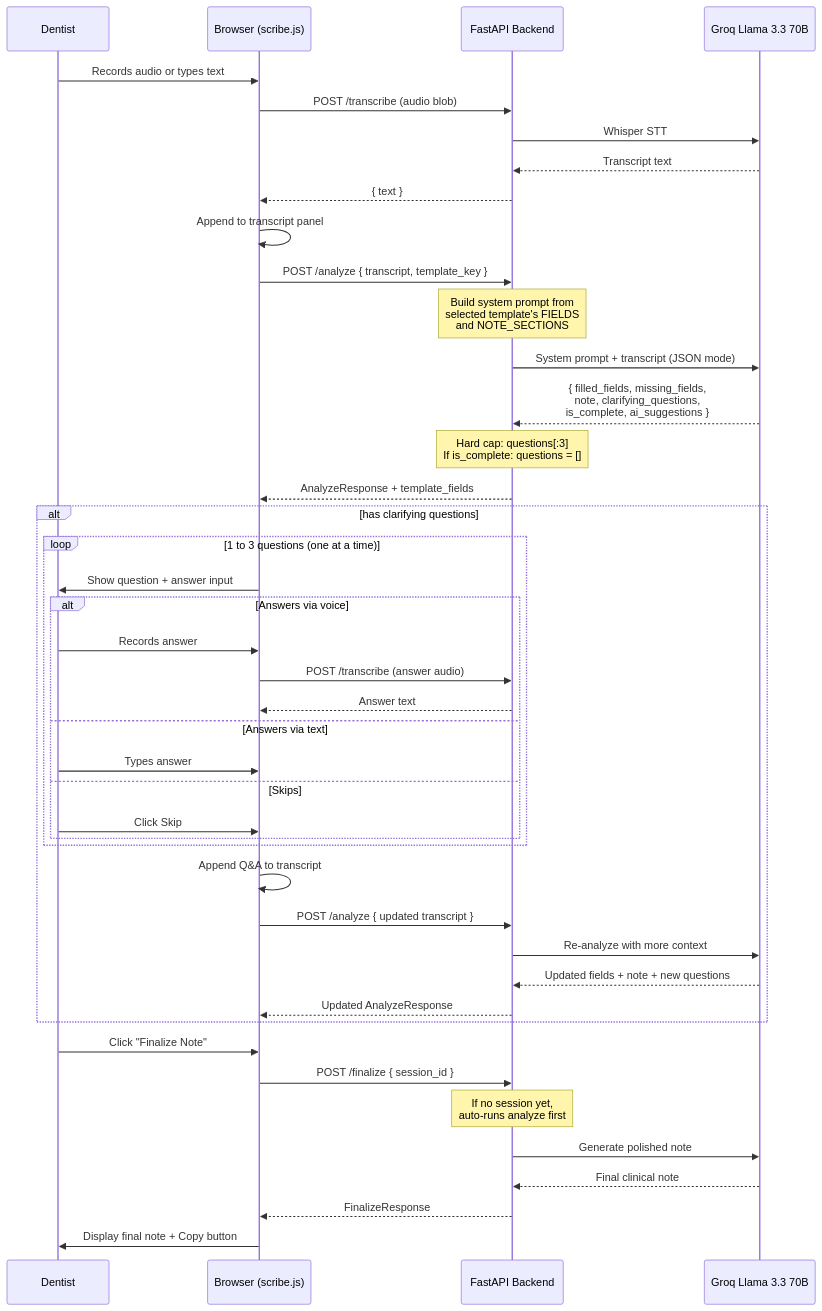
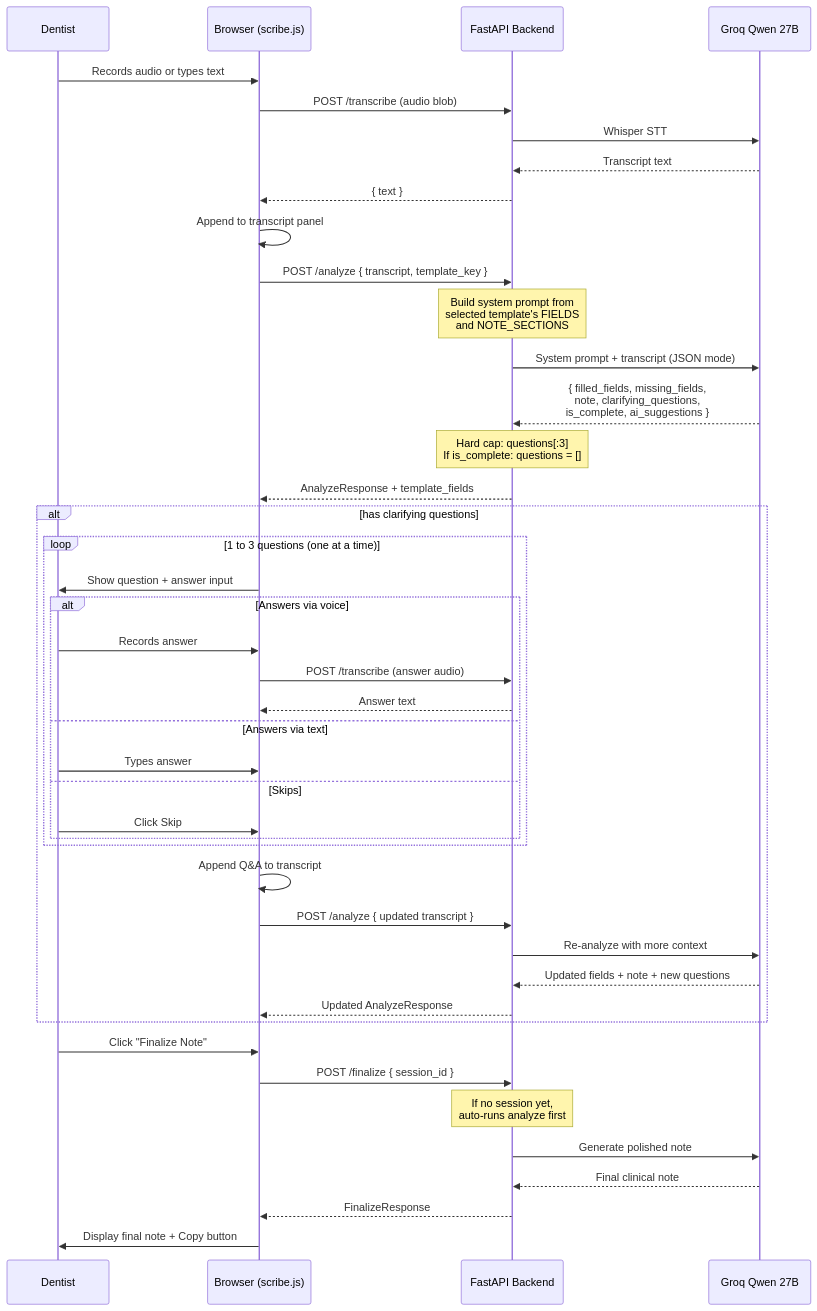
The second of 4 diagrams in README.md (mihirgediya2001/milya-scribe-plus), drawn with Mermaid before and after one commit. The commit also changed other lines of this file and 3 other files, not shown here.

First line of the commit message:
Revert to Qwen 27B with max_tokens=900 to stay under Groq rate limit

````diff
--- a/README.md
+++ b/README.md
@@ -80,49 +80,49 @@
 ```mermaid
 sequenceDiagram
     participant D as Dentist
     participant UI as Browser (scribe.js)
     participant API as FastAPI Backend
-    participant LLM as Groq Llama 3.3 70B
+    participant LLM as Groq Qwen 27B
 
     D->>UI: Records audio or types text
     UI->>API: POST /transcribe (audio blob)
     API->>LLM: Whisper STT
     LLM-->>API: Transcript text
     API-->>UI: { text }
     UI->>UI: Append to transcript panel
 
     UI->>API: POST /analyze { transcript, template_key }
     Note over API: Build system prompt from<br>selected template's FIELDS<br>and NOTE_SECTIONS
     API->>LLM: System prompt + transcript (JSON mode)
     LLM-->>API: { filled_fields, missing_fields,<br>note, clarifying_questions,<br>is_complete, ai_suggestions }
     Note over API: Hard cap: questions[:3]<br>If is_complete: questions = []
     API-->>UI: AnalyzeResponse + template_fields
 
     alt has clarifying questions
         loop 1 to 3 questions (one at a time)
             UI->>D: Show question + answer input
             alt Answers via voice
                 D->>UI: Records answer
                 UI->>API: POST /transcribe (answer audio)
                 API-->>UI: Answer text
             else Answers via text
                 D->>UI: Types answer
             else Skips
                 D->>UI: Click Skip
             end
         end
         UI->>UI: Append Q&A to transcript
         UI->>API: POST /analyze { updated transcript }
         API->>LLM: Re-analyze with more context
         LLM-->>API: Updated fields + note + new questions
         API-->>UI: Updated AnalyzeResponse
     end
 
     D->>UI: Click "Finalize Note"
     UI->>API: POST /finalize { session_id }
     Note over API: If no session yet,<br>auto-runs analyze first
     API->>LLM: Generate polished note
     LLM-->>API: Final clinical note
     API-->>UI: FinalizeResponse
     UI->>D: Display final note + Copy button
 ```
````
